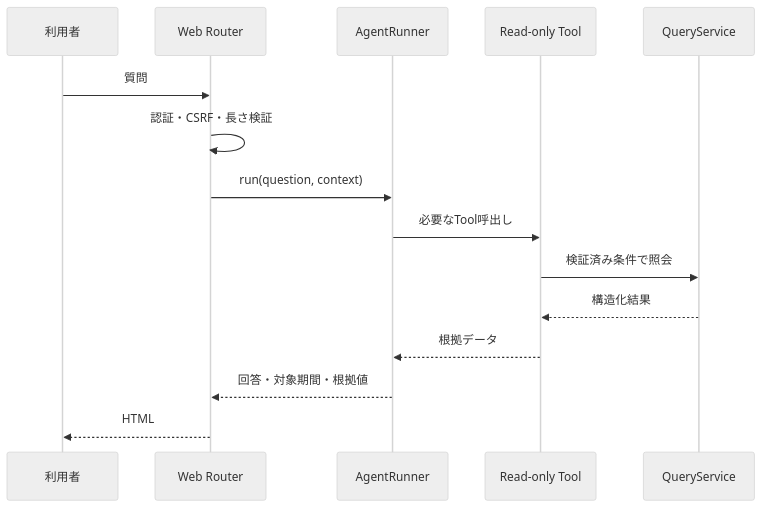
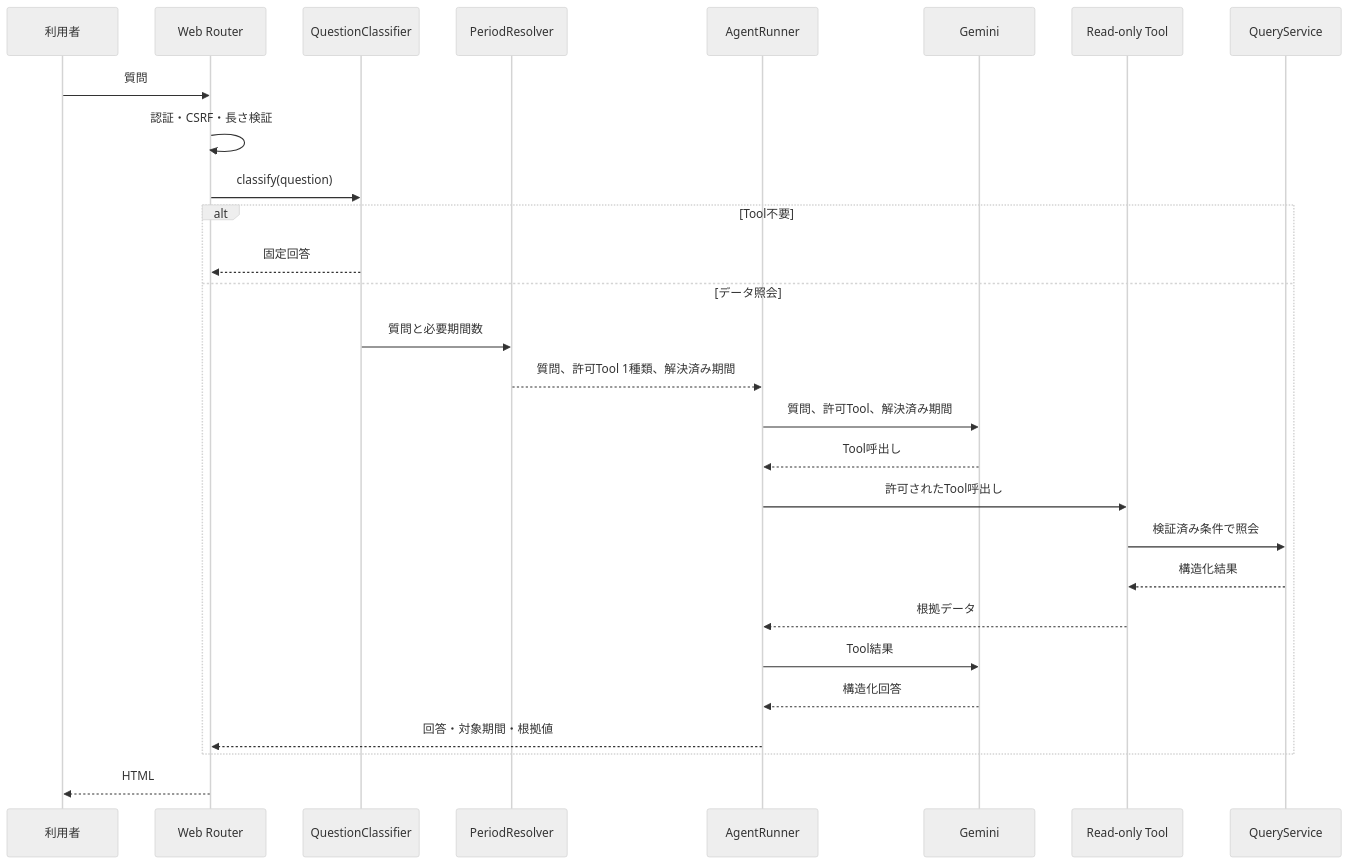
Before and after one commit to nokhysh/SoraSense: the diagram in docs/detailed-design/ai-agent.md, drawn with Mermaid (neutral theme). The commit also changed other lines of this file and 19 other files, not shown here.

````diff
--- a/docs/detailed-design/ai-agent.md
+++ b/docs/detailed-design/ai-agent.md
@@ -9,17 +9,30 @@
 ```mermaid
 sequenceDiagram
     participant U as 利用者
     participant W as Web Router
+    participant C as QuestionClassifier
+    participant P as PeriodResolver
     participant A as AgentRunner
+    participant G as Gemini
     participant T as Read-only Tool
     participant Q as QueryService
     U->>W: 質問
     W->>W: 認証・CSRF・長さ検証
-    W->>A: run(question, context)
-    A->>T: 必要なTool呼出し
-    T->>Q: 検証済み条件で照会
-    Q-->>T: 構造化結果
-    T-->>A: 根拠データ
-    A-->>W: 回答・対象期間・根拠値
+    W->>C: classify(question)
+    alt Tool不要
+        C-->>W: 固定回答
+    else データ照会
+        C->>P: 質問と必要期間数
+        P-->>A: 質問、許可Tool 1種類、解決済み期間
+        A->>G: 質問、許可Tool、解決済み期間
+        G-->>A: Tool呼出し
+        A->>T: 許可されたTool呼出し
+        T->>Q: 検証済み条件で照会
+        Q-->>T: 構造化結果
+        T-->>A: 根拠データ
+        A->>G: Tool結果
+        G-->>A: 構造化回答
+        A-->>W: 回答・対象期間・根拠値
+    end
     W-->>U: HTML
 ```
````
